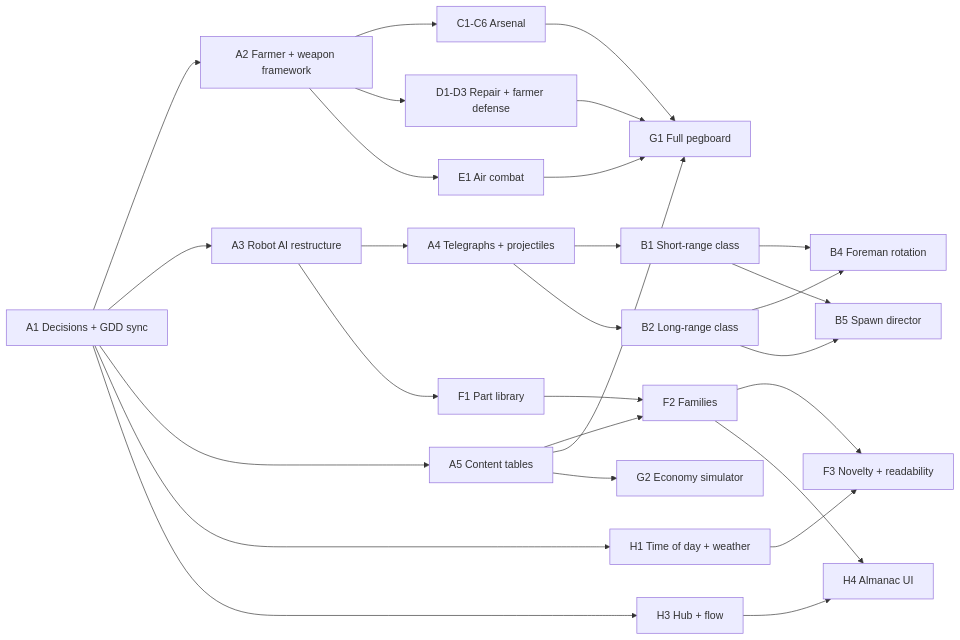
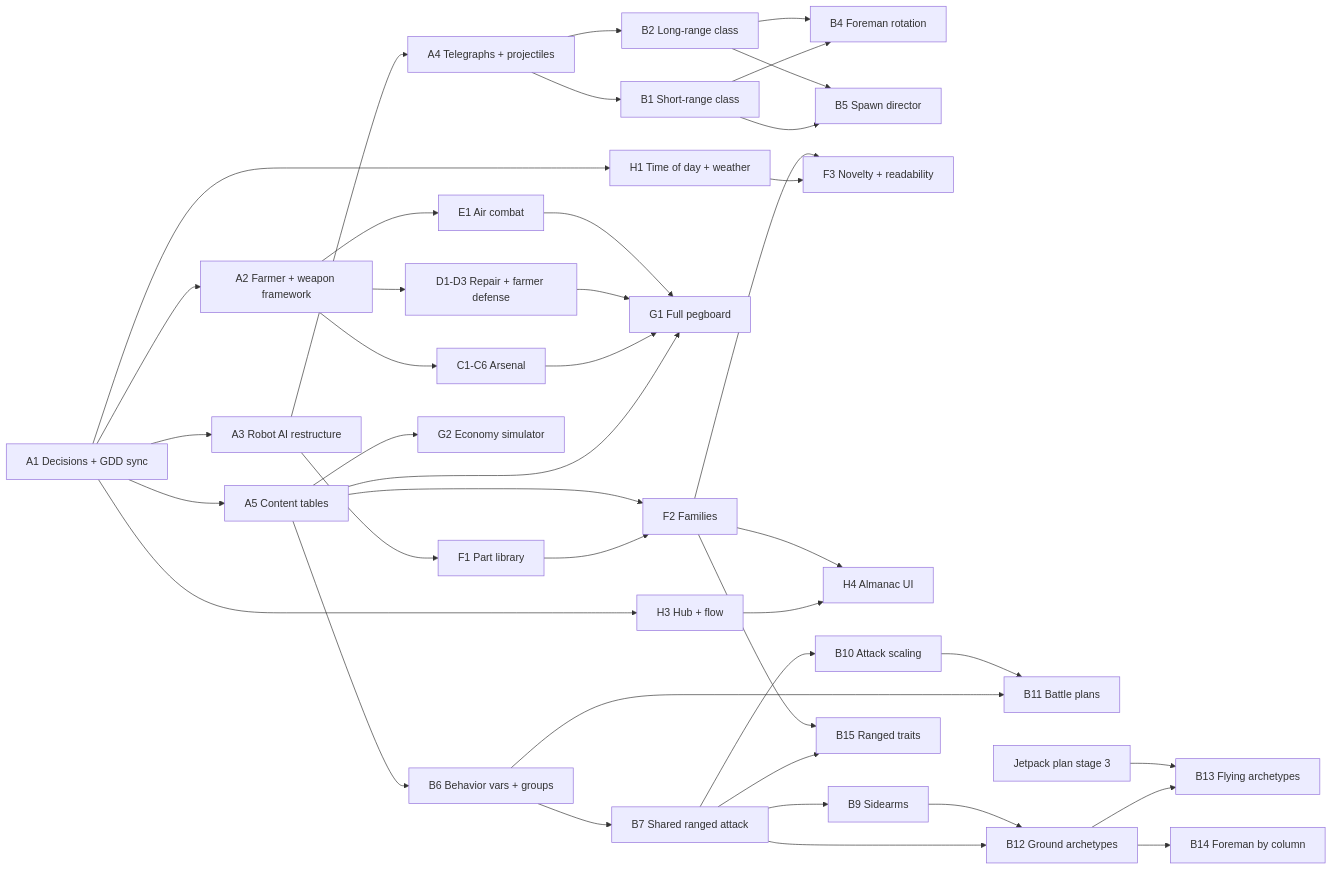
The diagram in docs/ROADMAP.md (riotfire/robotattackdemo), drawn with Mermaid before and after one commit. The commit also changed other lines of this file and 156 other files, not shown here.

First line of the commit message:
Robot attack variety (M2-B6 to B10), new arsenal, rigged farmer and plans

````diff
--- a/docs/ROADMAP.md
+++ b/docs/ROADMAP.md
@@ -237,30 +270,43 @@
 ```mermaid
 flowchart LR
     A1[A1 Decisions + GDD sync] --> A2[A2 Farmer + weapon framework]
     A1 --> A3[A3 Robot AI restructure]
     A1 --> A5[A5 Content tables]
     A3 --> A4[A4 Telegraphs + projectiles]
     A4 --> B1[B1 Short-range class]
     A4 --> B2[B2 Long-range class]
     B1 --> B4[B4 Foreman rotation]
     B2 --> B4
     B1 --> B5[B5 Spawn director]
     B2 --> B5
     A2 --> C[C1-C6 Arsenal]
     A2 --> D[D1-D3 Repair + farmer defense]
     A2 --> E1[E1 Air combat]
     A3 --> F1[F1 Part library]
     F1 --> F2[F2 Families]
     A5 --> F2
     A5 --> G1[G1 Full pegboard]
     C --> G1
     D --> G1
     E1 --> G1
     A5 --> G2[G2 Economy simulator]
     A1 --> H1[H1 Time of day + weather]
     H1 --> F3[F3 Novelty + readability]
     F2 --> F3
     A1 --> H3[H3 Hub + flow]
     H3 --> H4[H4 Almanac UI]
     F2 --> H4
+    A5 --> B6[B6 Behavior vars + groups]
+    B6 --> B7[B7 Shared ranged attack]
+    B7 --> B9[B9 Sidearms]
+    B7 --> B10[B10 Attack scaling]
+    B6 --> B11[B11 Battle plans]
+    B10 --> B11
+    B7 --> B12[B12 Ground archetypes]
+    B9 --> B12
+    B12 --> B13[B13 Flying archetypes]
+    JP[Jetpack plan stage 3] --> B13
+    B12 --> B14[B14 Foreman by column]
+    B7 --> B15[B15 Ranged traits]
+    F2 --> B15
 ```
````
